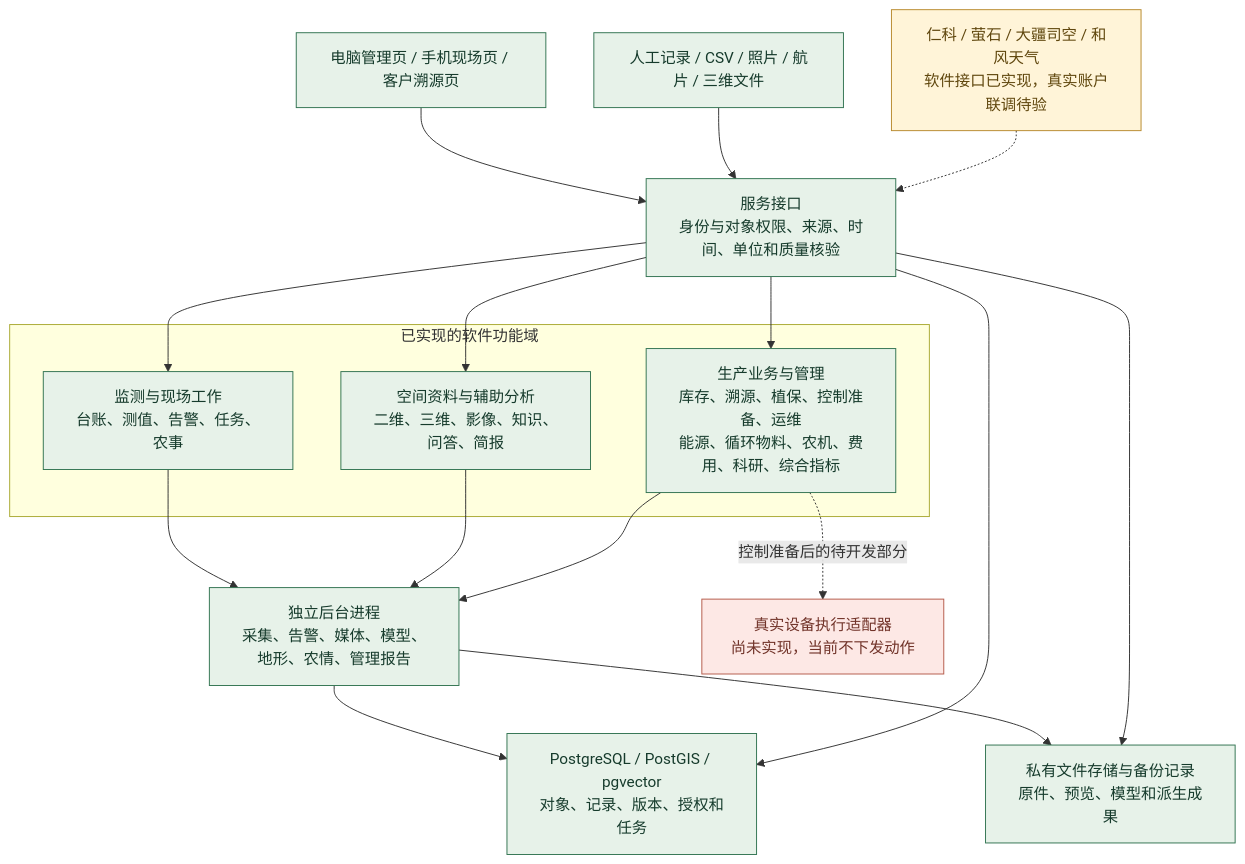
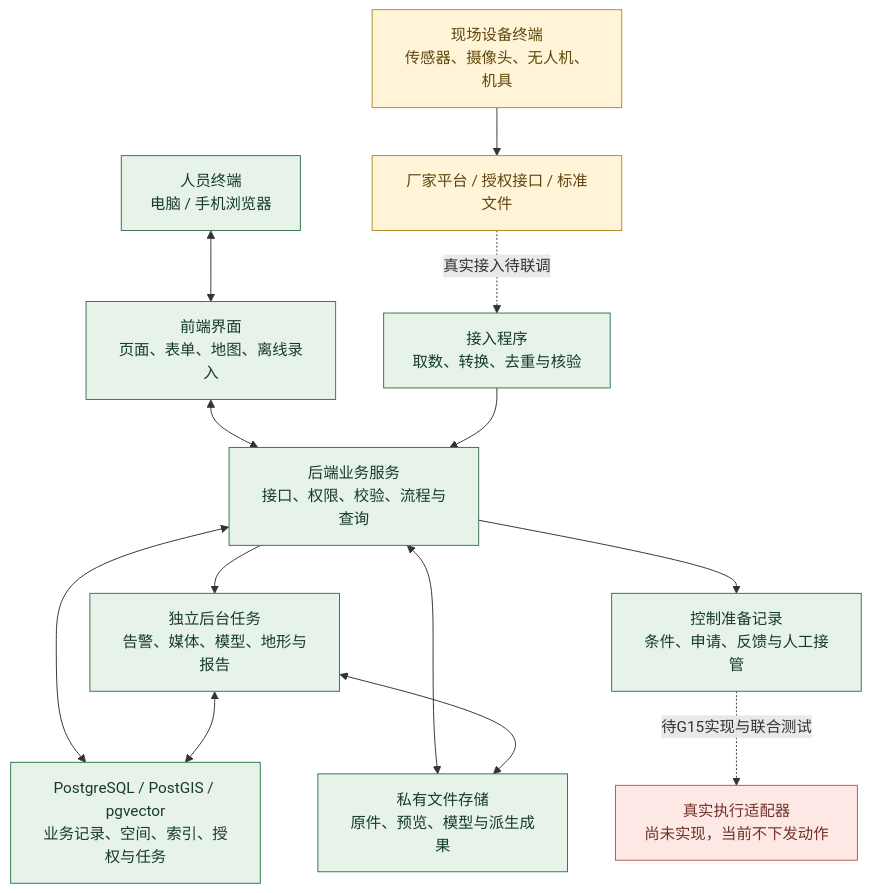
Before and after one commit to 8jdkds7nzz-hub/liangzihu-farm-platform: the first of 2 diagrams in README.md, drawn with Mermaid. The commit also changed other lines of this file and 9 other files, not shown here.

````diff
--- a/README.md
+++ b/README.md
@@ -36,35 +39,21 @@
 ```mermaid
 flowchart TB
-    UI["电脑管理页 / 手机现场页 / 客户溯源页"]
-    INPUT["人工记录 / CSV / 照片 / 航片 / 三维文件"]
-    VENDOR["仁科 / 萤石 / 大疆司空 / 和风天气<br/>软件接口已实现，真实账户联调待验"]
-    API["服务接口<br/>身份与对象权限、来源、时间、单位和质量核验"]
-    UI --> API
-    INPUT --> API
-    VENDOR -.-> API
-
-    subgraph BUSINESS["已实现的软件功能域"]
-        FIELD["监测与现场工作<br/>台账、测值、告警、任务、农事"]
-        SPACE["空间资料与辅助分析<br/>二维、三维、影像、知识、问答、简报"]
-        PRODUCT["生产业务与管理<br/>库存、溯源、植保、控制准备、运维<br/>能源、循环物料、农机、费用、科研、综合指标"]
-    end
-    API --> FIELD
-    API --> SPACE
-    API --> PRODUCT
-    FIELD --> JOBS
-    SPACE --> JOBS
-    PRODUCT --> JOBS
-    JOBS["独立后台进程<br/>采集、告警、媒体、模型、地形、农情、管理报告"]
-    JOBS --> DB["PostgreSQL / PostGIS / pgvector<br/>对象、记录、版本、授权和任务"]
-    JOBS --> FILES["私有文件存储与备份记录<br/>原件、预览、模型和派生成果"]
-    API --> DB
-    API --> FILES
-    PRODUCT -. 控制准备后的待开发部分 .-> DRIVER["真实设备执行适配器<br/>尚未实现，当前不下发动作"]
-
+    PERSON["人员终端<br/>电脑 / 手机浏览器"] <--> FRONT["前端界面<br/>页面、表单、地图、离线录入"]
+    FRONT <--> API["后端业务服务<br/>接口、权限、校验、流程与查询"]
+    DEVICE["现场设备终端<br/>传感器、摄像头、无人机、机具"] --> VENDOR["厂家平台 / 授权接口 / 标准文件"]
+    VENDOR -. "真实接入待联调" .-> INGEST["接入程序<br/>取数、转换、去重与核验"]
+    INGEST --> API
+    API <--> DB["PostgreSQL / PostGIS / pgvector<br/>业务记录、空间、索引、授权与任务"]
+    API <--> FILES["私有文件存储<br/>原件、预览、模型与派生成果"]
+    API --> WORKER["独立后台任务<br/>告警、媒体、模型、地形与报告"]
+    WORKER <--> DB
+    WORKER <--> FILES
+    API --> PREP["控制准备记录<br/>条件、申请、反馈与人工接管"]
+    PREP -. "待G15实现与联合测试" .-> EXEC["真实执行适配器<br/>尚未实现，当前不下发动作"]
     classDef ready fill:#e7f2e9,stroke:#327452,color:#163b2c;
     classDef waiting fill:#fff4d8,stroke:#b88a2f,color:#60470e;
     classDef pending fill:#fde8e5,stroke:#b55a4a,color:#713329;
-    class UI,INPUT,API,FIELD,SPACE,PRODUCT,JOBS,DB,FILES ready;
-    class VENDOR waiting;
-    class DRIVER pending;
+    class PERSON,FRONT,API,INGEST,DB,FILES,WORKER,PREP ready;
+    class DEVICE,VENDOR waiting;
+    class EXEC pending;
 ```
````
